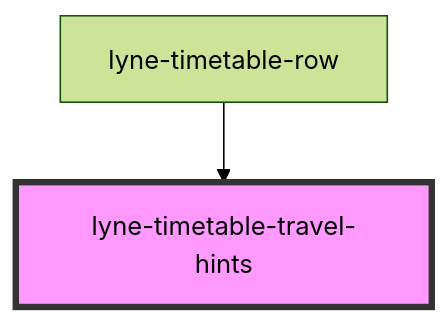
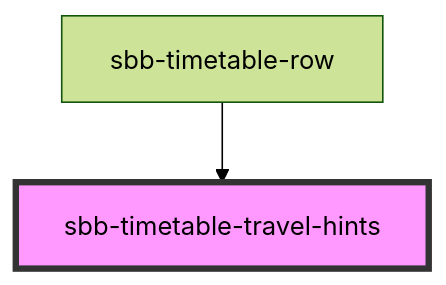
Before and after one commit to sbb-design-systems/lyne-components: the diagram in src/components/sbb-timetable-travel-hints/readme.md, drawn with Mermaid (forest theme). The commit also changed other lines of this file and 348 other files, not shown here.

Commit message:
refactor: 'lyne' prefix renamed to 'sbb'

````diff
--- a/src/components/sbb-timetable-travel-hints/readme.md
+++ b/src/components/sbb-timetable-travel-hints/readme.md
@@ -24,5 +24,5 @@
 ```mermaid
 graph TD;
-  lyne-timetable-row --> lyne-timetable-travel-hints
-  style lyne-timetable-travel-hints fill:#f9f,stroke:#333,stroke-width:4px
+  sbb-timetable-row --> sbb-timetable-travel-hints
+  style sbb-timetable-travel-hints fill:#f9f,stroke:#333,stroke-width:4px
 ```
````
